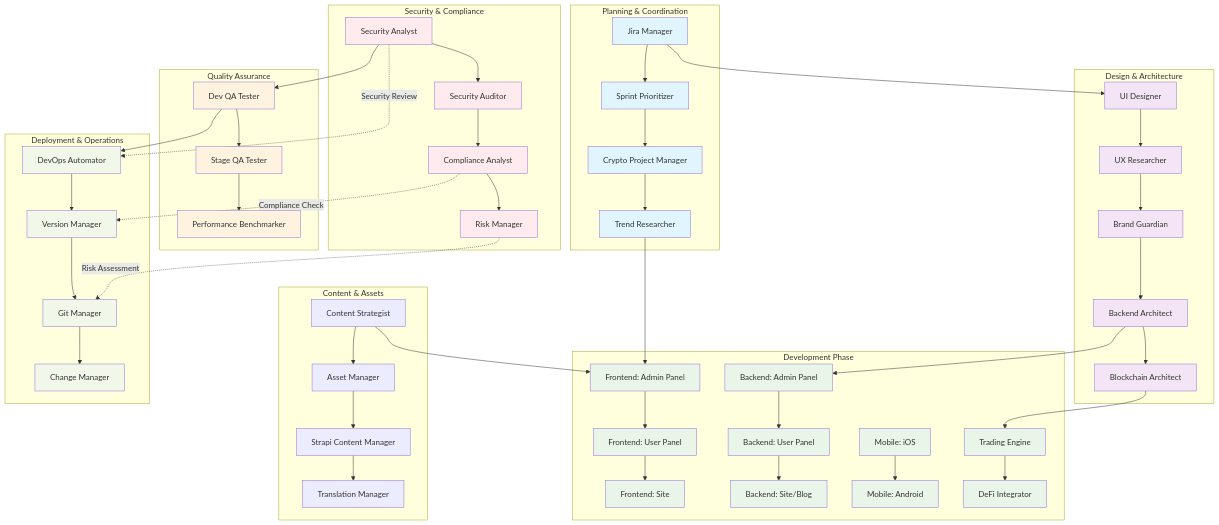
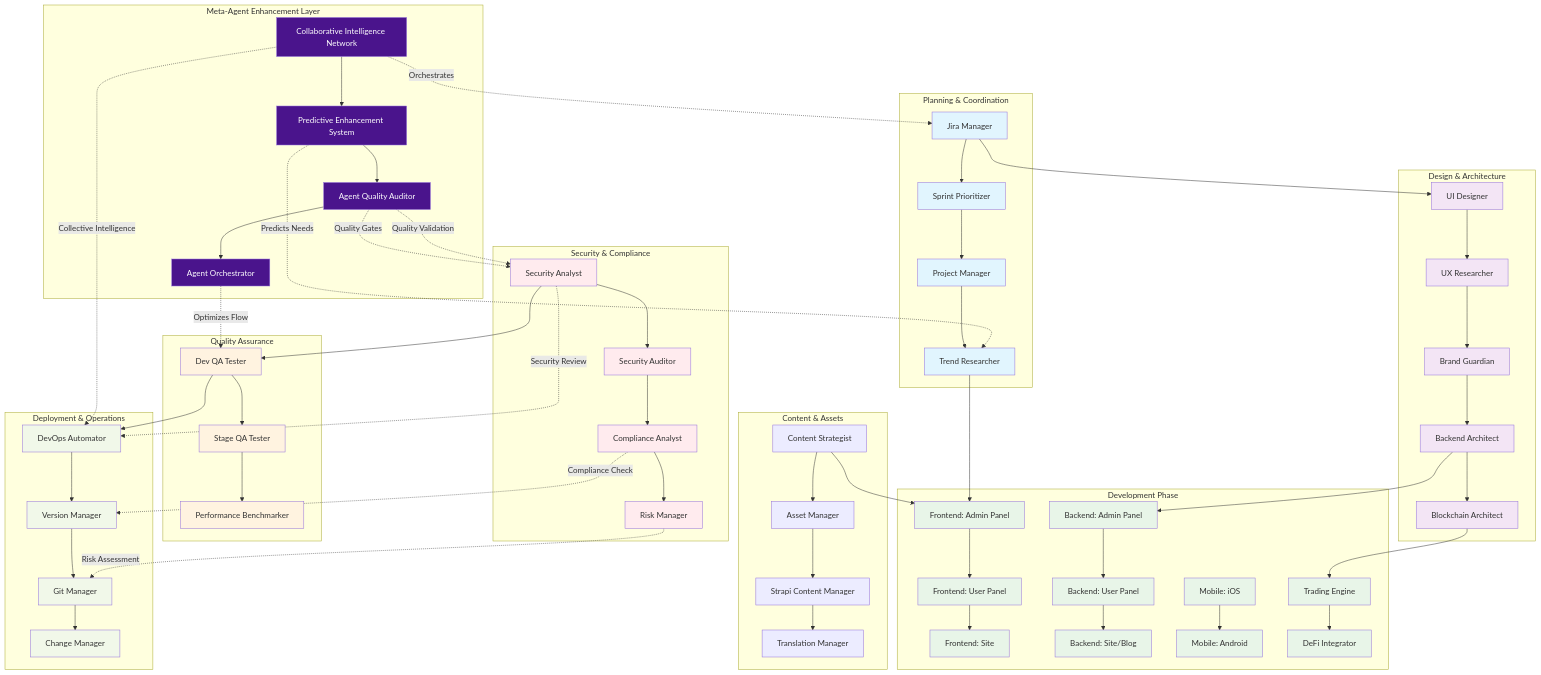
Before and after one commit to mdastpak/agents: the third of 13 diagrams in AGENT-WORKFLOW-DIAGRAMS.md, drawn with Mermaid. The commit also changed other lines of this file and 14 other files, not shown here.

````diff
--- a/AGENT-WORKFLOW-DIAGRAMS.md
+++ b/AGENT-WORKFLOW-DIAGRAMS.md
@@ -13,8 +158,14 @@
 ```mermaid
 graph TD
+    subgraph "Meta-Agent Enhancement Layer"
+        MA1[Collaborative Intelligence Network] --> MA2[Predictive Enhancement System]
+        MA2 --> MA3[Agent Quality Auditor]
+        MA3 --> MA4[Agent Orchestrator]
+    end
+
     subgraph "Planning & Coordination"
         A[Jira Manager] --> B[Sprint Prioritizer]
-        B --> C[Crypto Project Manager]
+        B --> C[Project Manager]
         C --> D[Trend Researcher]
     end
 
@@ -57,6 +208,12 @@
         GG --> HH[Change Manager]
     end
 
+    %% Meta-agent orchestration
+    MA1 -.->|Orchestrates| A
+    MA2 -.->|Predicts Needs| D
+    MA3 -.->|Quality Gates| X
+    MA4 -.->|Optimizes Flow| BB
+
     %% Workflow connections
     A --> E
     D --> J
@@ -66,11 +223,14 @@
     X --> BB
     BB --> EE
 
-    %% Critical approval gates
+    %% Enhanced approval gates with meta-agent intelligence
+    MA3 -.->|Quality Validation| X
     X -.->|Security Review| EE
     Z -.->|Compliance Check| FF
     AA -.->|Risk Assessment| GG
+    MA1 -.->|Collective Intelligence| EE
 
+    classDef metaagent fill:#4a148c,color:#fff
     classDef planning fill:#e1f5fe
     classDef design fill:#f3e5f5
     classDef development fill:#e8f5e8
@@ -78,6 +238,7 @@
     classDef qa fill:#fff3e0
     classDef deployment fill:#f1f8e9
 
+    class MA1,MA2,MA3,MA4 metaagent
     class A,B,C,D planning
     class E,F,G,H,I design
     class J,K,L,M,N,O,P,Q,R,S development
````
